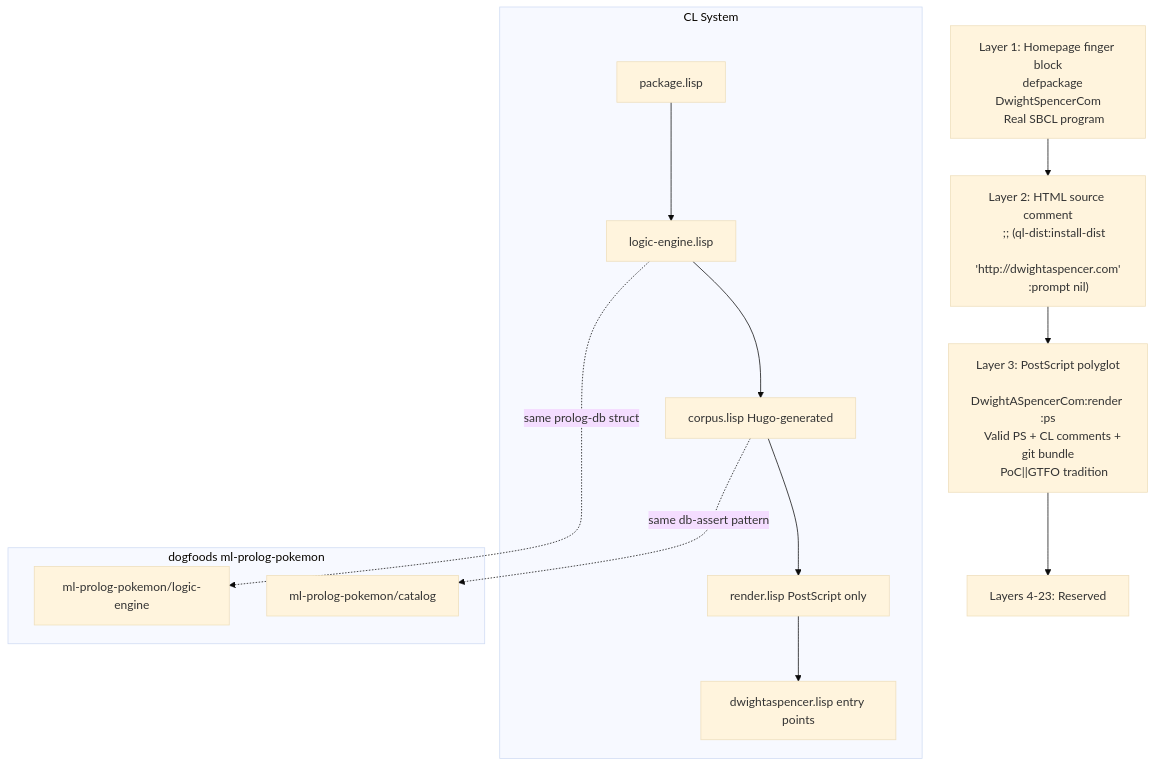
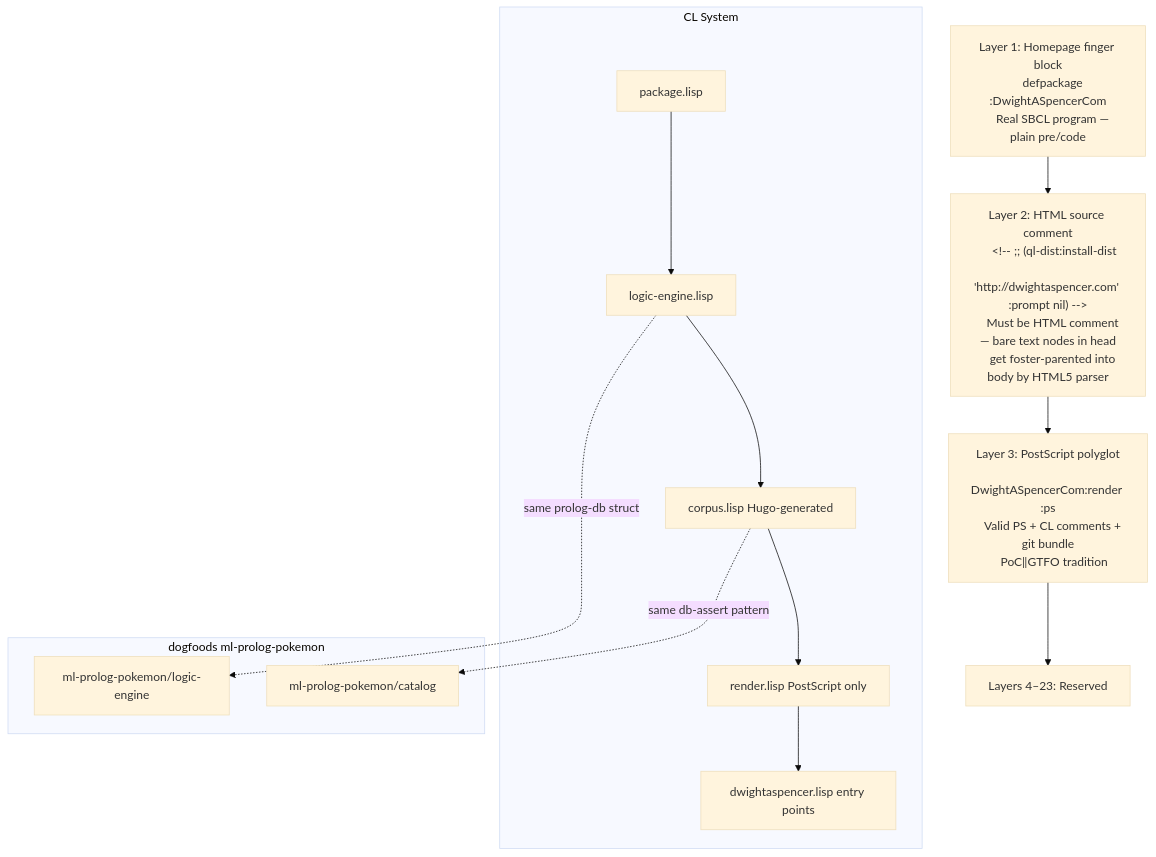
The third of 7 diagrams in hugo/ARCHITECTURE.md (denzuko/dwightspencer.com), drawn with Mermaid (base theme) before and after one commit. The commit also changed other lines of this file and 4 other files, not shown here.

First line of the commit message:
chore: root docs — README, LICENSE, CLAUDE.md, HANDOFF.md, ARCHITECTURE.md

````diff
--- a/hugo/ARCHITECTURE.md
+++ b/hugo/ARCHITECTURE.md
@@ -23,30 +39,31 @@
 ```mermaid
 graph TD
     L1["Layer 1: Homepage finger block
-    defpackage DwightSpencerCom
-    Real SBCL program"] --> L2
+    defpackage :DwightASpencerCom
+    Real SBCL program — plain pre/code"] --> L2
 
     L2["Layer 2: HTML source comment
-    ;; (ql-dist:install-dist
-       'http://dwightaspencer.com'
-       :prompt nil)"] --> L3
+    &lt;!-- ;; (ql-dist:install-dist
+    'http://dwightaspencer.com' :prompt nil) --&gt;
+    Must be HTML comment — bare text nodes in head
+    get foster-parented into body by HTML5 parser"] --> L3
 
     L3["Layer 3: PostScript polyglot
     DwightASpencerCom:render :ps
     Valid PS + CL comments + git bundle
-    PoC||GTFO tradition"] --> L4
+    PoC‖GTFO tradition"] --> L4
 
-    L4["Layers 4-23: Reserved"]
+    L4["Layers 4–23: Reserved"]
 
     subgraph CL System
         PKG[package.lisp] --> LE[logic-engine.lisp]
         LE --> CO[corpus.lisp Hugo-generated]
         CO --> RE[render.lisp PostScript only]
         RE --> DW[dwightaspencer.lisp entry points]
     end
 
     subgraph "dogfoods ml-prolog-pokemon"
         LE -. "same prolog-db struct" .-> MP[ml-prolog-pokemon/logic-engine]
         CO -. "same db-assert pattern" .-> CA[ml-prolog-pokemon/catalog]
     end
 ```
````
